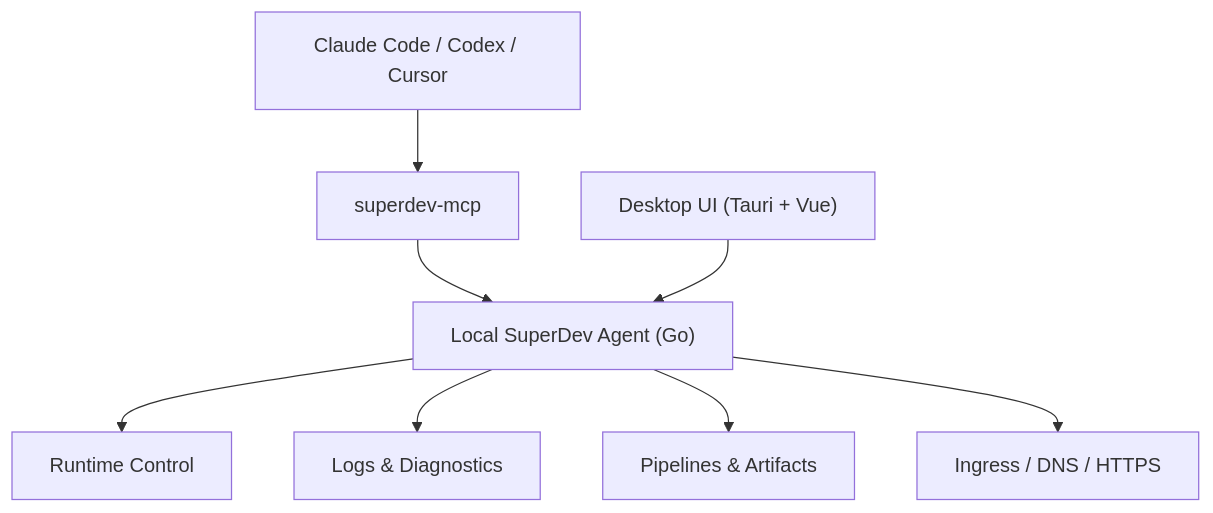
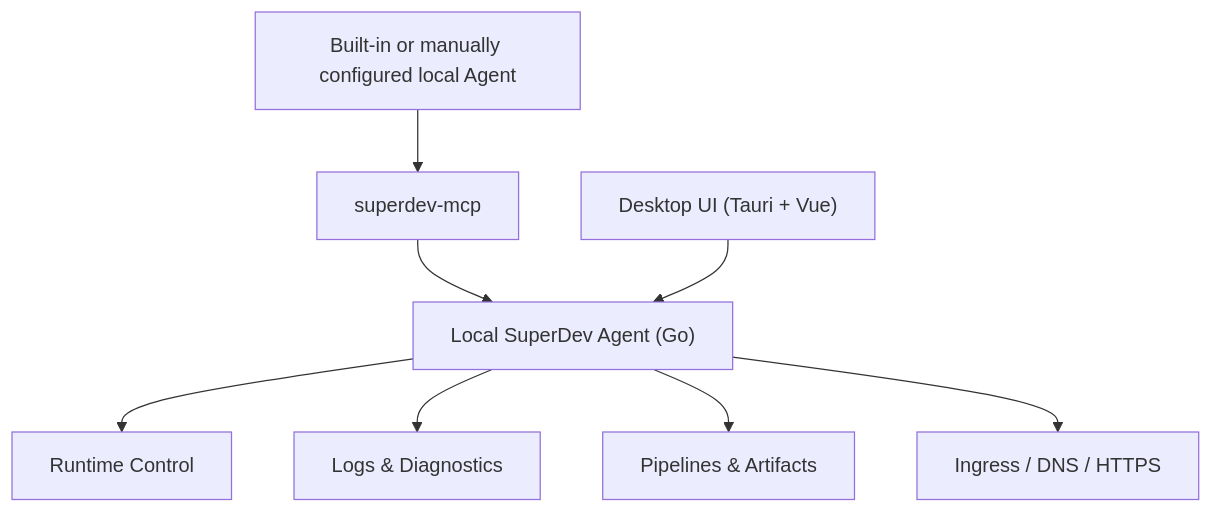
The diagram in README.md (Xsxdot/super-dev), drawn with Mermaid before and after one commit. The commit also changed other lines of this file and 31 other files, not shown here.

````diff
--- a/README.md
+++ b/README.md
@@ -127,10 +128,10 @@
 ```mermaid
 flowchart TB
-    AI["Claude Code / Codex / Cursor"] --> MCP["superdev-mcp"]
+    AI["Built-in or manually configured local Agent"] --> MCP["superdev-mcp"]
     MCP --> Agent["Local SuperDev Agent (Go)"]
     Desktop["Desktop UI (Tauri + Vue)"] --> Agent
     Agent --> Runtime["Runtime Control"]
     Agent --> Logs["Logs & Diagnostics"]
     Agent --> Pipelines["Pipelines & Artifacts"]
     Agent --> Ingress["Ingress / DNS / HTTPS"]
 ```
````
